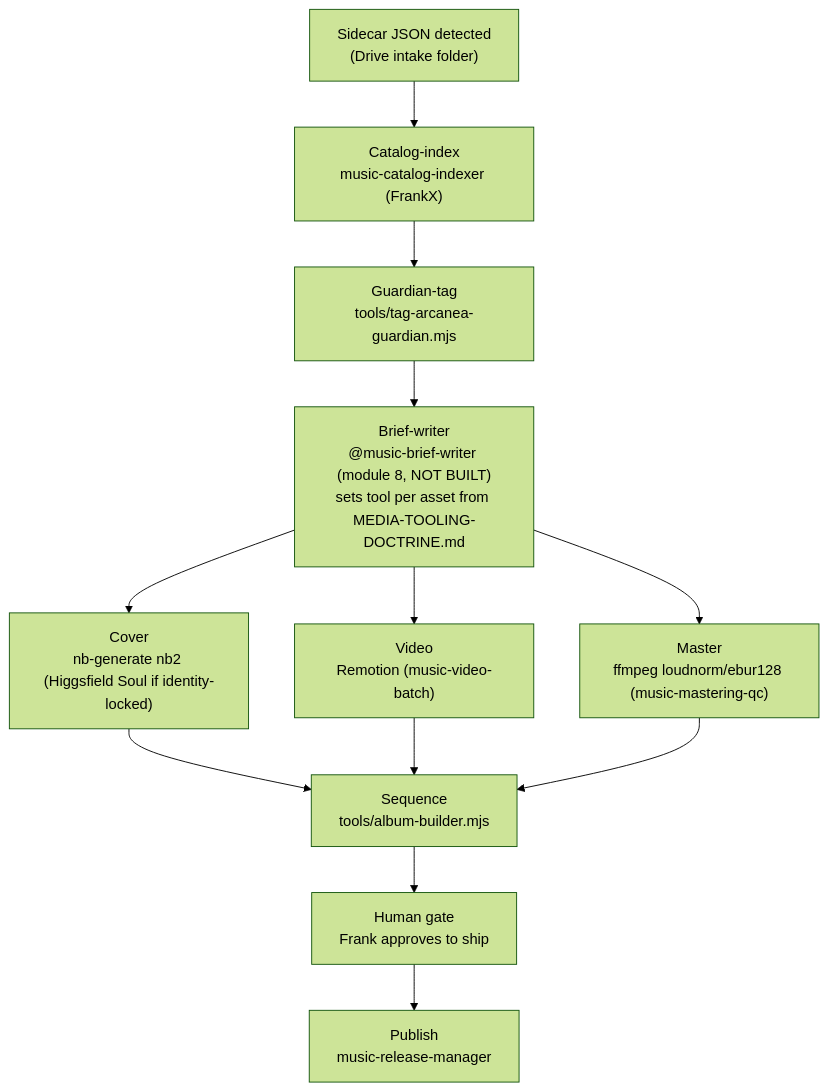
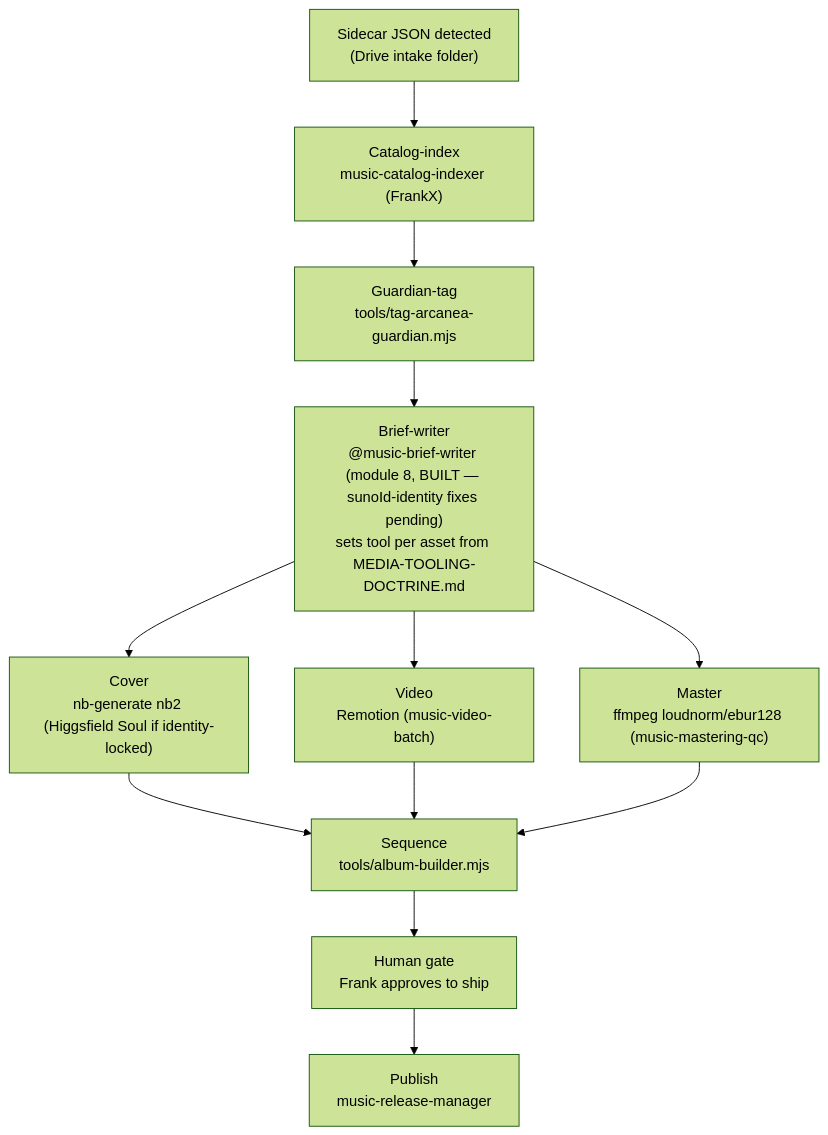
One commit to frankxai/music-intelligence-systems changed the second of 2 diagrams in WORKFLOW.md. Above: the diagram before and after it, drawn with Mermaid (forest theme). The commit also changed other lines of this file and 3 other files, not shown here.

````diff
--- a/WORKFLOW.md
+++ b/WORKFLOW.md
@@ -47,22 +47,22 @@
 ```mermaid
 flowchart TD
     sidecar["Sidecar JSON detected<br/>(Drive intake folder)"]
     catalogidx["Catalog-index<br/>music-catalog-indexer (FrankX)"]
     guardiantag["Guardian-tag<br/>tools/tag-arcanea-guardian.mjs"]
-    briefwriter["Brief-writer<br/>@music-brief-writer (module 8, NOT BUILT)<br/>sets tool per asset from MEDIA-TOOLING-DOCTRINE.md"]
+    briefwriter["Brief-writer<br/>@music-brief-writer (module 8, BUILT — sunoId-identity fixes pending)<br/>sets tool per asset from MEDIA-TOOLING-DOCTRINE.md"]
     cover["Cover<br/>nb-generate nb2 (Higgsfield Soul if identity-locked)"]
     video["Video<br/>Remotion (music-video-batch)"]
     master["Master<br/>ffmpeg loudnorm/ebur128 (music-mastering-qc)"]
     sequence["Sequence<br/>tools/album-builder.mjs"]
     humangate["Human gate<br/>Frank approves to ship"]
     publish["Publish<br/>music-release-manager"]
 
     sidecar --> catalogidx --> guardiantag --> briefwriter
     briefwriter --> cover
     briefwriter --> video
     briefwriter --> master
     cover --> sequence
     video --> sequence
     master --> sequence
     sequence --> humangate --> publish
 ```
````
